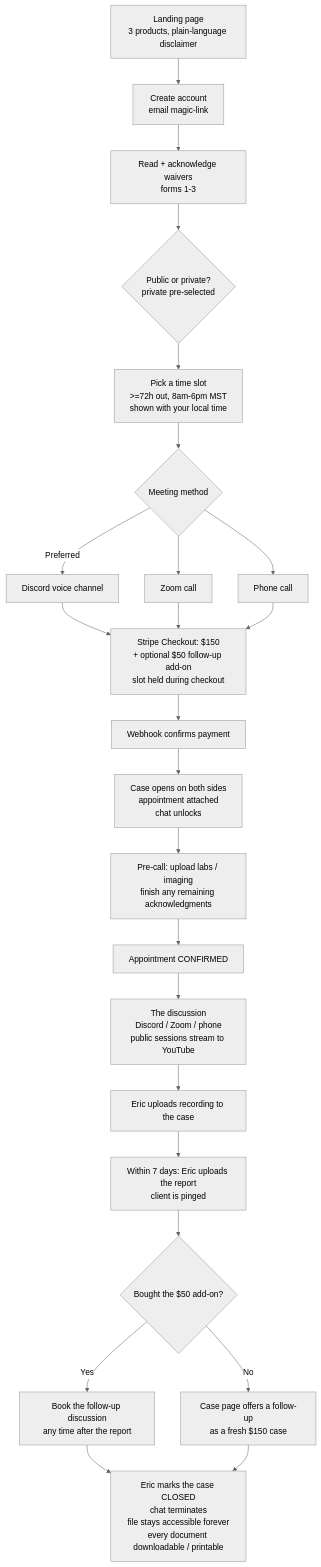
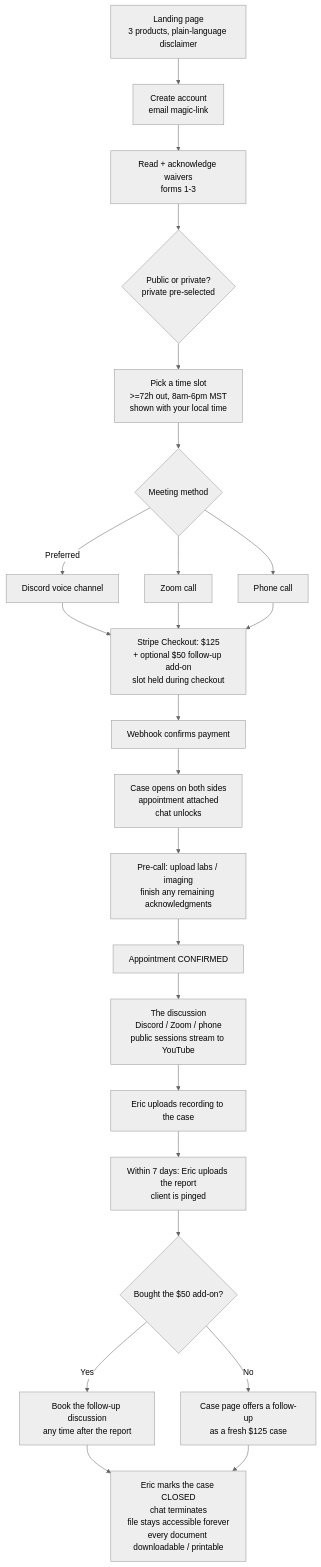
The diagram in SPEC.md (ebleach2010/Pocket-Advocate), drawn with Mermaid (neutral theme) before and after one commit. The commit also changed other lines of this file and 29 other files, not shown here.

````diff
--- a/SPEC.md
+++ b/SPEC.md
@@ -115,26 +115,26 @@
 ```mermaid
 flowchart TD
     L[Landing page\n3 products, plain-language disclaimer] --> ACct[Create account\nemail magic-link]
     ACct --> W[Read + acknowledge waivers\nforms 1-3]
     W --> PP{Public or private?\nprivate pre-selected}
     PP --> SLOT[Pick a time slot\n>=72h out, 8am-6pm MST\nshown with your local time]
     SLOT --> METHOD{Meeting method}
     METHOD -->|Preferred| DIS[Discord voice channel]
     METHOD --> ZOOM[Zoom call]
     METHOD --> PHONE[Phone call]
-    DIS --> PAY[Stripe Checkout: $150\n+ optional $50 follow-up add-on\nslot held during checkout]
+    DIS --> PAY[Stripe Checkout: $125\n+ optional $50 follow-up add-on\nslot held during checkout]
     ZOOM --> PAY
     PHONE --> PAY
     PAY --> HOOK[Webhook confirms payment]
     HOOK --> CASE[Case opens on both sides\nappointment attached\nchat unlocks]
     CASE --> PRE[Pre-call: upload labs / imaging\nfinish any remaining acknowledgments]
     PRE --> CONF[Appointment CONFIRMED]
     CONF --> CALL[The discussion\nDiscord / Zoom / phone\npublic sessions stream to YouTube]
     CALL --> REC[Eric uploads recording to the case]
     REC --> RPT[Within 7 days: Eric uploads the report\nclient is pinged]
     RPT --> FU{Bought the $50 add-on?}
     FU -->|Yes| FUCALL[Book the follow-up discussion\nany time after the report]
-    FU -->|No| OFFER[Case page offers a follow-up\nas a fresh $150 case]
+    FU -->|No| OFFER[Case page offers a follow-up\nas a fresh $125 case]
     FUCALL --> CLOSE
     OFFER --> CLOSE[Eric marks the case CLOSED\nchat terminates\nfile stays accessible forever\nevery document downloadable / printable]
 ```
````
